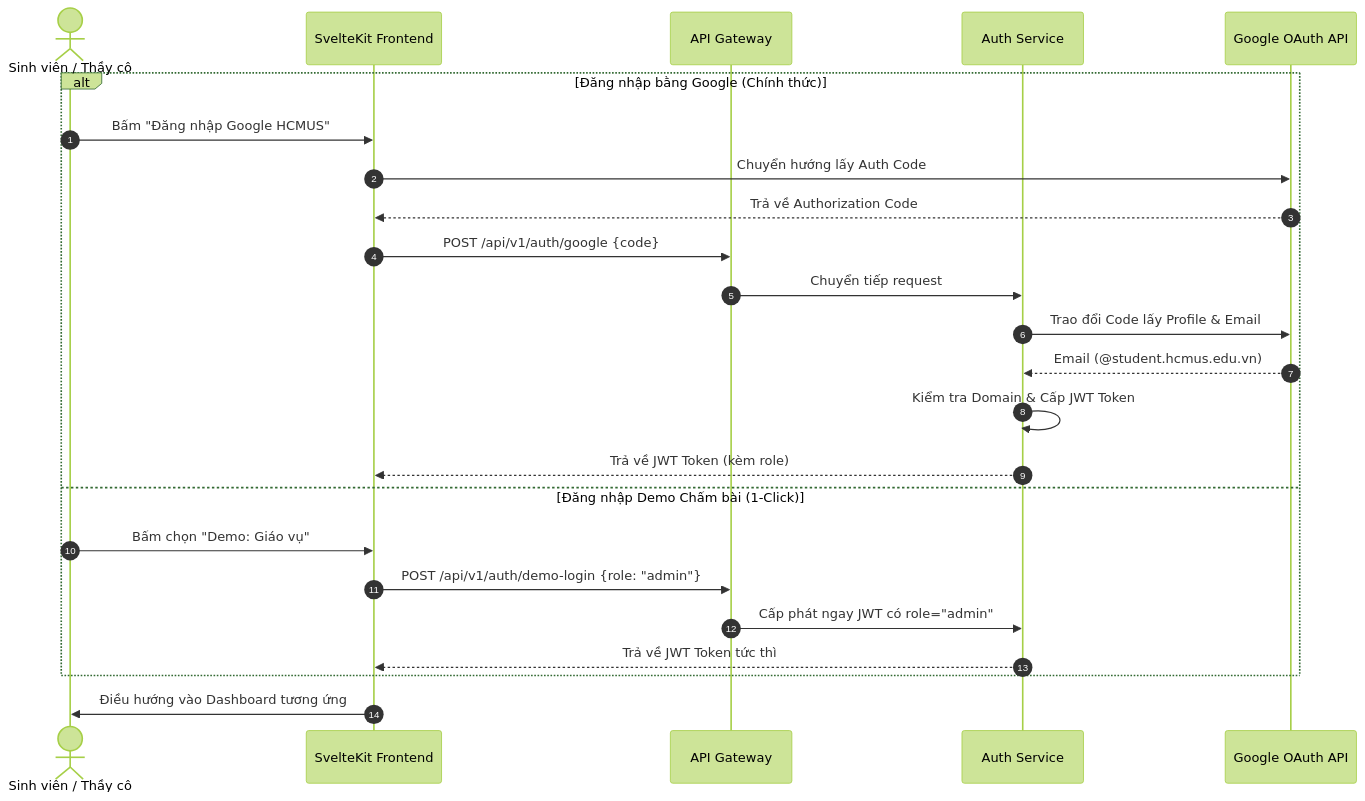
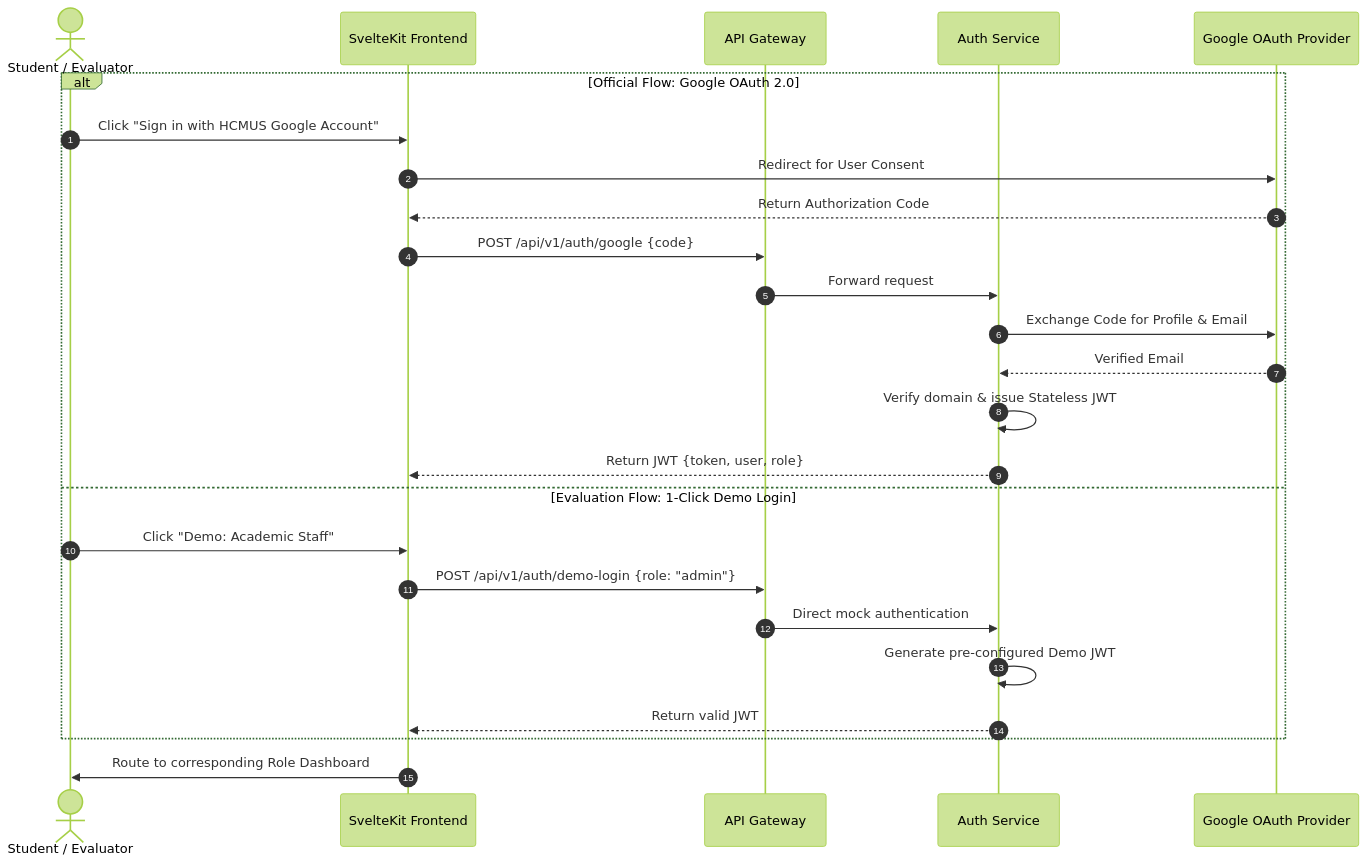
Before and after one commit to zeeptobean/introse-portal67: the second of 2 diagrams in docs/design/system-architecture-spec.md, drawn with Mermaid (forest theme). The commit also changed other lines of this file and 10 other files, not shown here.

````diff
--- a/docs/design/system-architecture-spec.md
+++ b/docs/design/system-architecture-spec.md
@@ -156,27 +162,28 @@
 ```mermaid
 sequenceDiagram
     autonumber
-    actor User as Sinh viên / Thầy cô
+    actor User as Student / Evaluator
     participant FE as SvelteKit Frontend
     participant GW as API Gateway
     participant Auth as Auth Service
-    participant Google as Google OAuth API
+    participant Google as Google OAuth Provider
 
-    alt Đăng nhập bằng Google (Chính thức)
-        User->>FE: Bấm "Đăng nhập Google HCMUS"
-        FE->>Google: Chuyển hướng lấy Auth Code
-        Google-->>FE: Trả về Authorization Code
+    alt Official Flow: Google OAuth 2.0
+        User->>FE: Click "Sign in with HCMUS Google Account"
+        FE->>Google: Redirect for User Consent
+        Google-->>FE: Return Authorization Code
         FE->>GW: POST /api/v1/auth/google {code}
-        GW->>Auth: Chuyển tiếp request
-        Auth->>Google: Trao đổi Code lấy Profile & Email
-        Google-->>Auth: Email (@student.hcmus.edu.vn)
-        Auth->>Auth: Kiểm tra Domain & Cấp JWT Token
-        Auth-->>FE: Trả về JWT Token (kèm role)
-    else Đăng nhập Demo Chấm bài (1-Click)
-        User->>FE: Bấm chọn "Demo: Giáo vụ"
+        GW->>Auth: Forward request
+        Auth->>Google: Exchange Code for Profile & Email
+        Google-->>Auth: Verified Email
+        Auth->>Auth: Verify domain & issue Stateless JWT
+        Auth-->>FE: Return JWT {token, user, role}
+    else Evaluation Flow: 1-Click Demo Login
+        User->>FE: Click "Demo: Academic Staff"
         FE->>GW: POST /api/v1/auth/demo-login {role: "admin"}
-        GW->>Auth: Cấp phát ngay JWT có role="admin"
-        Auth-->>FE: Trả về JWT Token tức thì
+        GW->>Auth: Direct mock authentication
+        Auth->>Auth: Generate pre-configured Demo JWT
+        Auth-->>FE: Return valid JWT
     end
-    FE->>User: Điều hướng vào Dashboard tương ứng
+    FE->>User: Route to corresponding Role Dashboard
 ```
````
